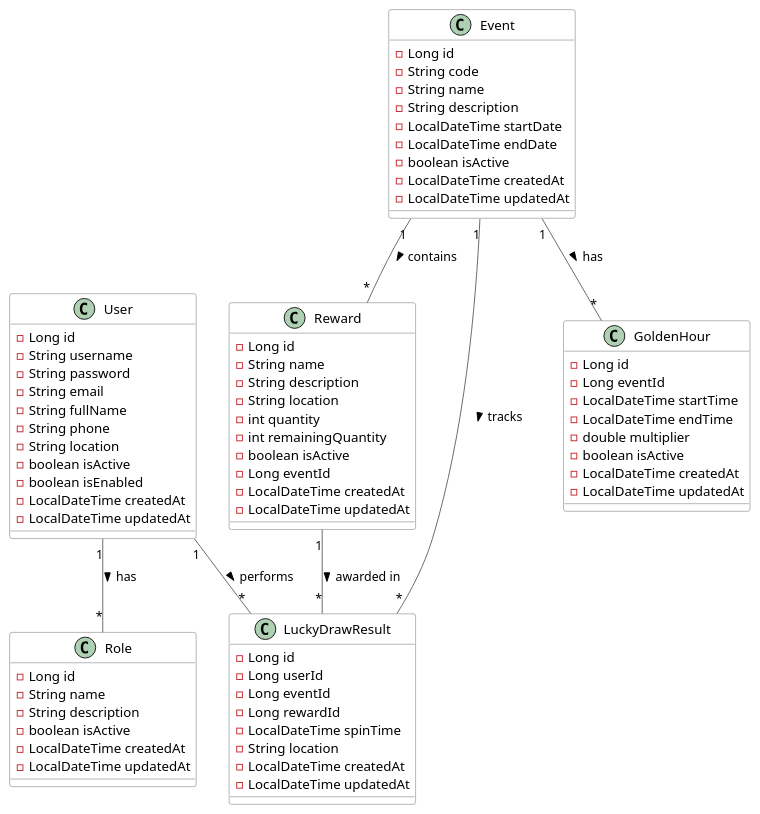
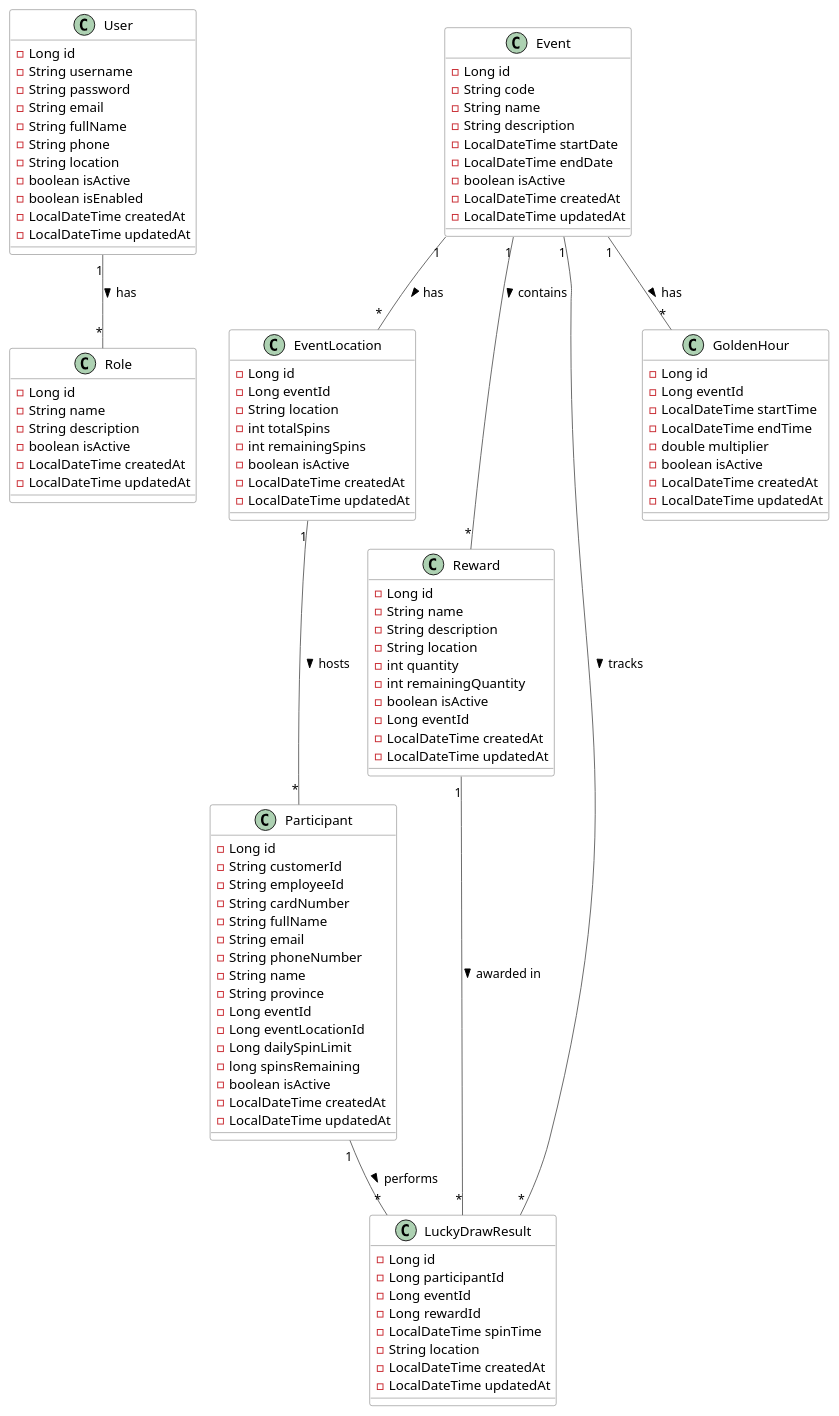
One commit to dnguyenminh/luckydraw-cline changed the diagram in src/main/resources/diagram/entities.puml. Above: the diagram before and after it, drawn with PlantUML. The commit also changed 57 other files, not shown here.

```diff
--- a/src/main/resources/diagram/entities.puml
+++ b/src/main/resources/diagram/entities.puml
@@ -1,89 +1,121 @@
 @startuml Luckydraw Entities
 
 ' Style settings
 skinparam class {
     BackgroundColor white
     ArrowColor #666666
     BorderColor #666666
 }
 
 ' Entities
 class User {
     -Long id
     -String username
     -String password
     -String email
     -String fullName
     -String phone
     -String location
     -boolean isActive
     -boolean isEnabled
     -LocalDateTime createdAt
     -LocalDateTime updatedAt
 }
 
 class Role {
     -Long id
     -String name 
     -String description
     -boolean isActive
     -LocalDateTime createdAt 
     -LocalDateTime updatedAt
 }
 
 class Event {
     -Long id
     -String code
     -String name
     -String description
     -LocalDateTime startDate
     -LocalDateTime endDate
     -boolean isActive
     -LocalDateTime createdAt
     -LocalDateTime updatedAt
 }
 
+class EventLocation {
+    -Long id
+    -Long eventId
+    -String location
+    -int totalSpins
+    -int remainingSpins
+    -boolean isActive
+    -LocalDateTime createdAt
+    -LocalDateTime updatedAt
+}
+
+class Participant {
+    -Long id
+    -String customerId
+    -String employeeId
+    -String cardNumber
+    -String fullName
+    -String email
+    -String phoneNumber
+    -String name
+    -String province
+    -Long eventId
+    -Long eventLocationId
+    -Long dailySpinLimit
+    -long spinsRemaining
+    -boolean isActive
+    -LocalDateTime createdAt
+    -LocalDateTime updatedAt
+}
+
 class Reward {
     -Long id
     -String name
     -String description
     -String location
     -int quantity
     -int remainingQuantity
     -boolean isActive
     -Long eventId
     -LocalDateTime createdAt
     -LocalDateTime updatedAt
 }
 
 class LuckyDrawResult {
     -Long id
-    -Long userId
+    -Long participantId
     -Long eventId
     -Long rewardId
     -LocalDateTime spinTime
     -String location
     -LocalDateTime createdAt
     -LocalDateTime updatedAt
 }
 
 class GoldenHour {
     -Long id
     -Long eventId
     -LocalDateTime startTime
     -LocalDateTime endTime
     -double multiplier
     -boolean isActive
     -LocalDateTime createdAt
     -LocalDateTime updatedAt
 }
 
 ' Relationships
 User "1" -- "*" Role : has >
-User "1" -- "*" LuckyDrawResult : performs >
+Event "1" -- "*" EventLocation : has >
 Event "1" -- "*" Reward : contains >
 Event "1" -- "*" GoldenHour : has >
 Event "1" -- "*" LuckyDrawResult : tracks >
+EventLocation "1" -- "*" Participant : hosts >
+Participant "1" -- "*" LuckyDrawResult : performs >
 Reward "1" -- "*" LuckyDrawResult : awarded in >
 
 @enduml
```
